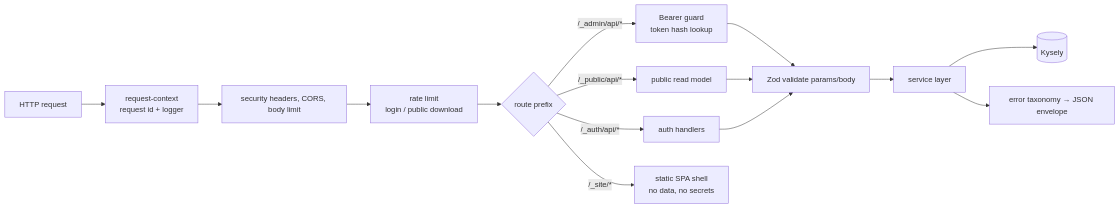
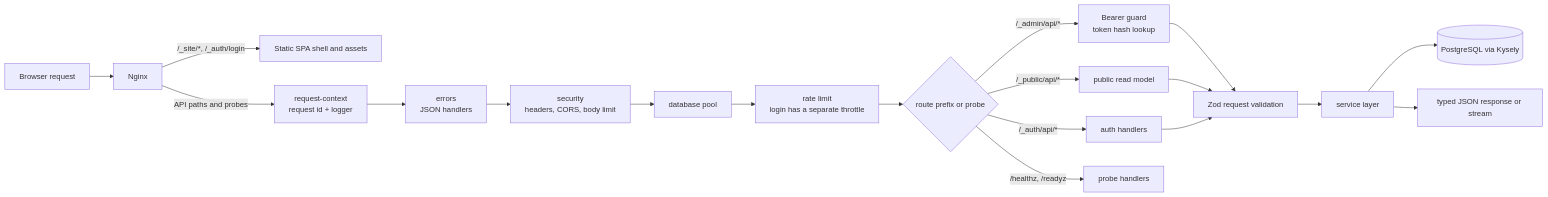
Before and after one commit to komeilm76/mapirror: the second of 4 diagrams in docs/02-architecture.md, drawn with Mermaid. The commit also changed other lines of this file and 6 other files, not shown here.

Commit message:
docs: reverify API contracts and refresh diagrams

````diff
--- a/docs/02-architecture.md
+++ b/docs/02-architecture.md
@@ -57,17 +60,21 @@
 ```mermaid
 flowchart LR
-  R[HTTP request] --> C[request-context<br/>request id + logger]
-  C --> H[security headers, CORS, body limit]
-  H --> RL[rate limit<br/>login / public download]
-  RL --> G{route prefix}
+  B[Browser request] --> N[Nginx]
+  N -->|/_site/*, /_auth/login| SPA[Static SPA shell and assets]
+  N -->|API paths and probes| C[request-context<br/>request id + logger]
+  C --> E[errors<br/>JSON handlers]
+  E --> H[security<br/>headers, CORS, body limit]
+  H --> D[database pool]
+  D --> RL[rate limit<br/>login has a separate throttle]
+  RL --> G{route prefix or probe}
   G -->|/_admin/api/*| AU[Bearer guard<br/>token hash lookup]
   G -->|/_public/api/*| PB[public read model]
   G -->|/_auth/api/*| AT[auth handlers]
-  G -->|/_site/*| ST[static SPA shell<br/>no data, no secrets]
-  AU --> V[Zod validate params/body]
+  G -->|/healthz, /readyz| PR[probe handlers]
+  AU --> V[Zod request validation]
   PB --> V
   AT --> V
   V --> S[service layer]
-  S --> DB[(Kysely)]
-  S --> ERR[error taxonomy → JSON envelope]
+  S --> DB[(PostgreSQL via Kysely)]
+  S --> R[typed JSON response or stream]
 ```
````
